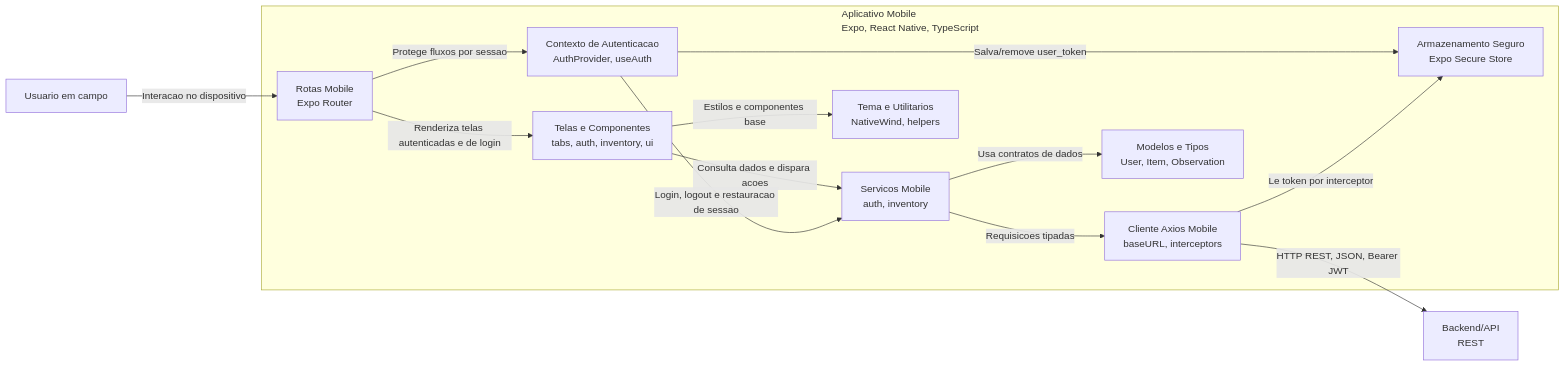
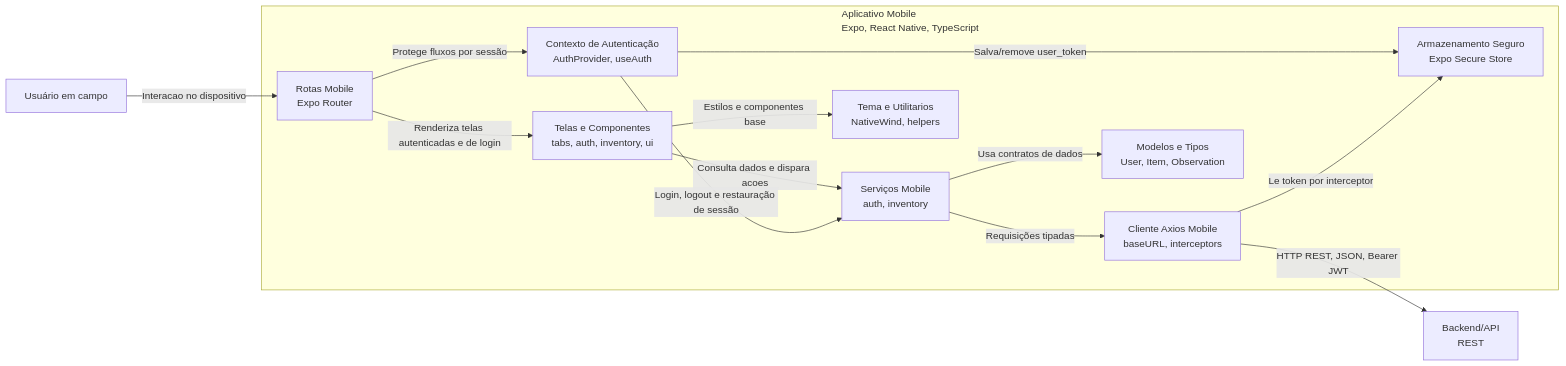
One commit to ifpebj-ti/inventario-patrimonio-cces changed the third of 3 diagrams in docs/wiki/C4-Componentes.md. Above: the diagram before and after it, drawn with Mermaid. The commit also changed other lines of this file and 22 other files, not shown here.

````diff
--- a/docs/wiki/C4-Componentes.md
+++ b/docs/wiki/C4-Componentes.md
@@ -152,29 +152,29 @@
 ```mermaid
 flowchart LR
-    usuario["Usuario em campo"]
+    usuário["Usuário em campo"]
 
     subgraph mobile["Aplicativo Mobile<br/>Expo, React Native, TypeScript"]
         routes["Rotas Mobile<br/>Expo Router"]
-        authContext["Contexto de Autenticacao<br/>AuthProvider, useAuth"]
+        authContext["Contexto de Autenticação<br/>AuthProvider, useAuth"]
         screens["Telas e Componentes<br/>tabs, auth, inventory, ui"]
-        services["Servicos Mobile<br/>auth, inventory"]
+        services["Serviços Mobile<br/>auth, inventory"]
         apiClient["Cliente Axios Mobile<br/>baseURL, interceptors"]
         secureStore["Armazenamento Seguro<br/>Expo Secure Store"]
         models["Modelos e Tipos<br/>User, Item, Observation"]
         theme["Tema e Utilitarios<br/>NativeWind, helpers"]
     end
 
     backend["Backend/API<br/>REST"]
 
-    usuario -->|"Interacao no dispositivo"| routes
+    usuário -->|"Interacao no dispositivo"| routes
     routes -->|"Renderiza telas autenticadas e de login"| screens
-    routes -->|"Protege fluxos por sessao"| authContext
+    routes -->|"Protege fluxos por sessão"| authContext
     screens -->|"Consulta dados e dispara acoes"| services
-    authContext -->|"Login, logout e restauracao de sessao"| services
-    services -->|"Requisicoes tipadas"| apiClient
+    authContext -->|"Login, logout e restauração de sessão"| services
+    services -->|"Requisições tipadas"| apiClient
     services -->|"Usa contratos de dados"| models
     screens -->|"Estilos e componentes base"| theme
     authContext -->|"Salva/remove user_token"| secureStore
     apiClient -->|"Le token por interceptor"| secureStore
     apiClient -->|"HTTP REST, JSON, Bearer JWT"| backend
 ```
````
